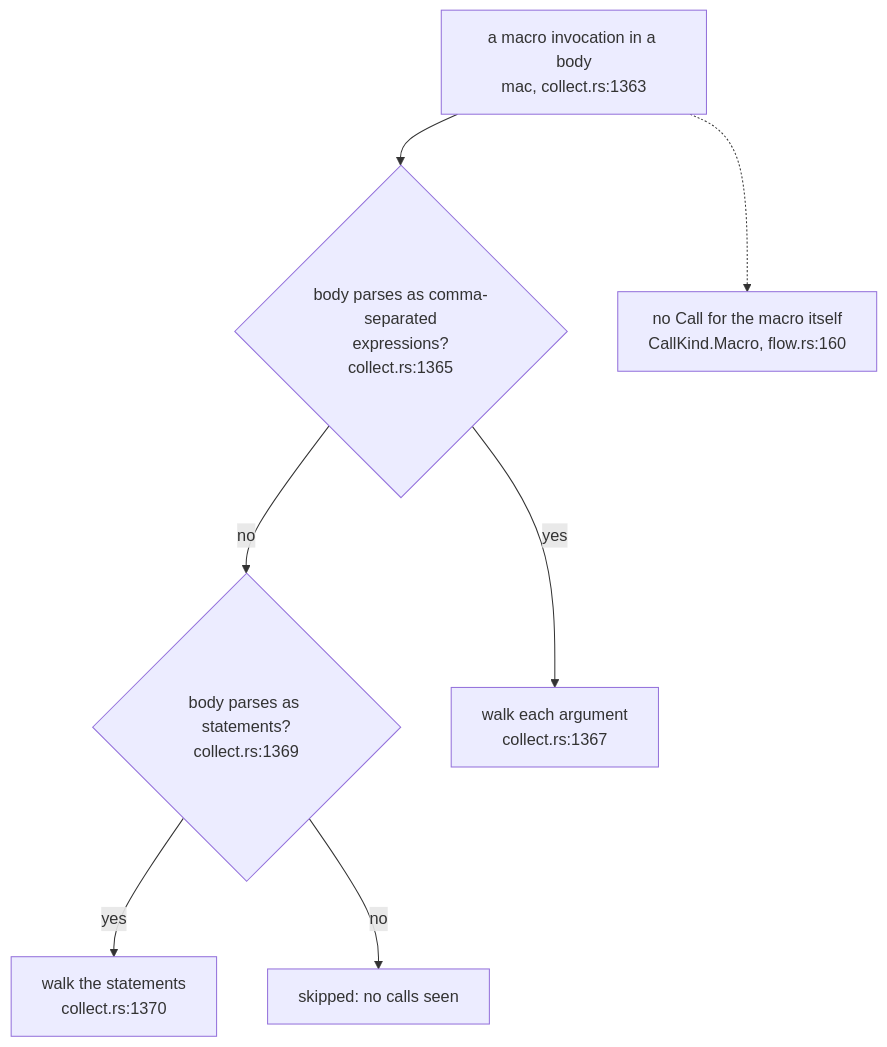
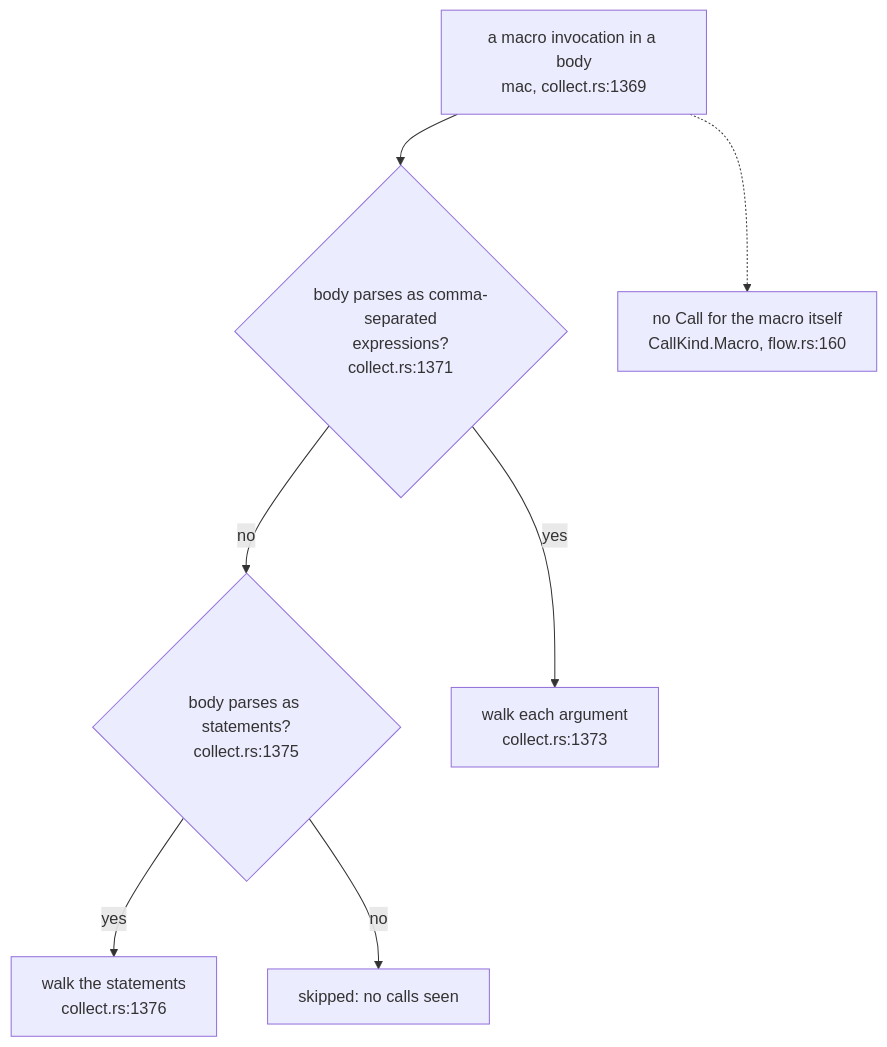
The sixth of 7 diagrams in docs/diagrams/extract/03-the-flow-walker-and-raw-ir.md (DreamLab-AI/codemaid), drawn with Mermaid before and after one commit. The commit also changed other lines of this file and 23 other files, not shown here.

````diff
--- a/docs/diagrams/extract/03-the-flow-walker-and-raw-ir.md
+++ b/docs/diagrams/extract/03-the-flow-walker-and-raw-ir.md
@@ -240,16 +242,16 @@
 ```mermaid
 flowchart TB
-    M["a macro invocation in a body<br/>mac, collect.rs:1363"]
-    E{"body parses as comma-separated<br/>expressions?<br/>collect.rs:1365"}
-    B{"body parses as statements?<br/>collect.rs:1369"}
-    WA["walk each argument<br/>collect.rs:1367"]
-    WS["walk the statements<br/>collect.rs:1370"]
+    M["a macro invocation in a body<br/>mac, collect.rs:1369"]
+    E{"body parses as comma-separated<br/>expressions?<br/>collect.rs:1371"}
+    B{"body parses as statements?<br/>collect.rs:1375"}
+    WA["walk each argument<br/>collect.rs:1373"]
+    WS["walk the statements<br/>collect.rs:1376"]
     SK["skipped: no calls seen"]
     NO["no Call for the macro itself<br/>CallKind.Macro, flow.rs:160"]
     M --> E
     E -->|yes| WA
     E -->|no| B
     B -->|yes| WS
     B -->|no| SK
     M -.-> NO
 ```
````
